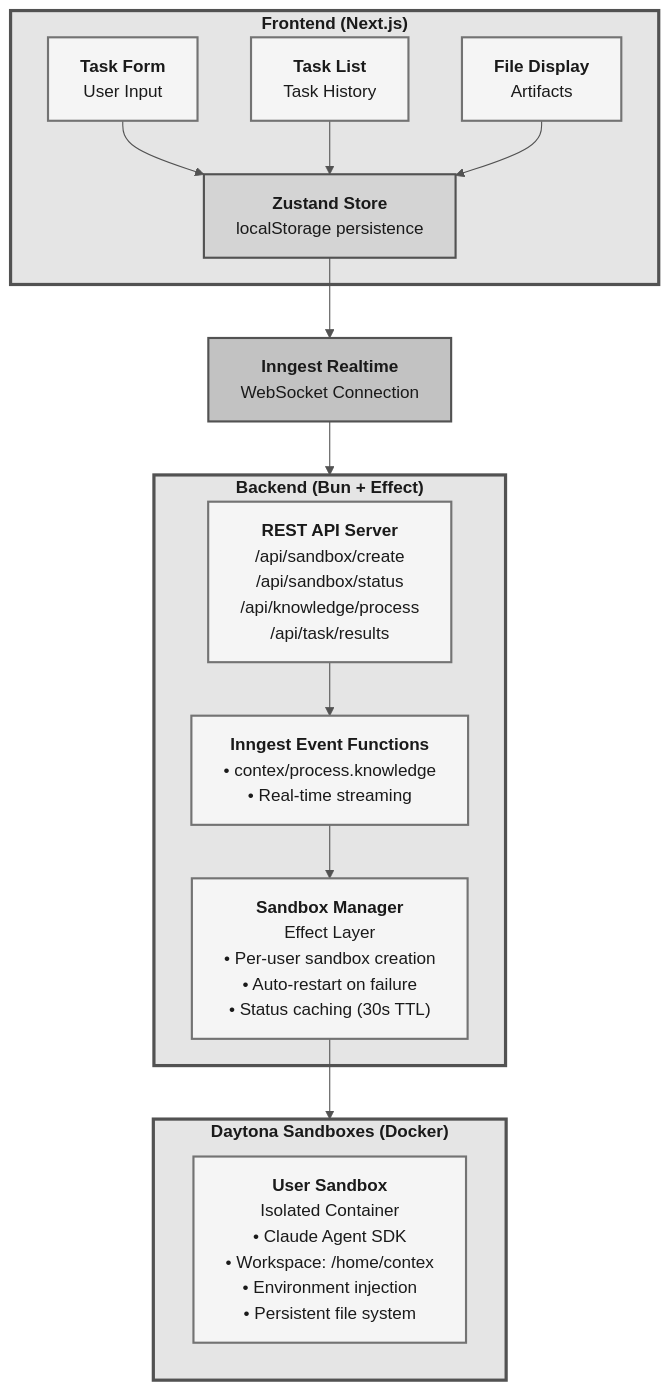
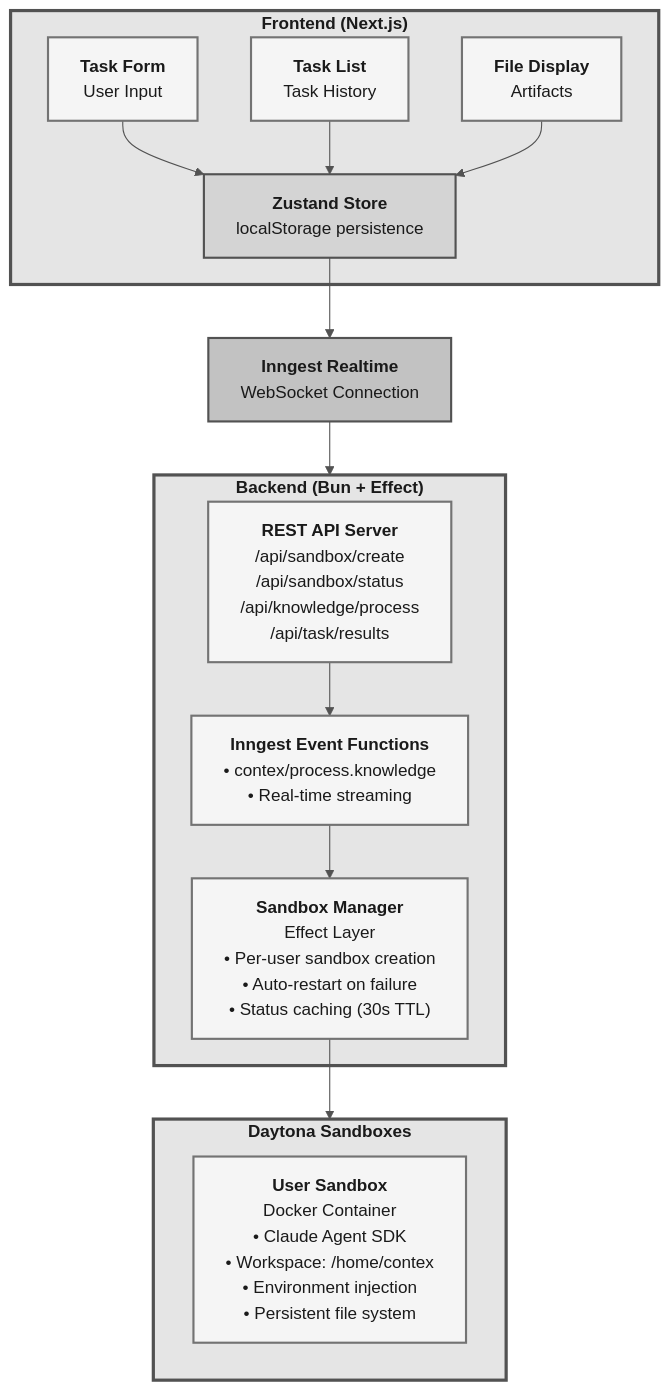
Before and after one commit to j4redux/contex-comms-autopilot: the diagram in README.md, drawn with Mermaid.

````diff
--- a/README.md
+++ b/README.md
@@ -173,55 +173,55 @@
 ```mermaid
 %%{init: {'theme':'base', 'themeVariables': { 'primaryColor':'#e5e5e5','primaryTextColor':'#1a1a1a','primaryBorderColor':'#525252','lineColor':'#525252','secondaryColor':'#d4d4d4','tertiaryColor':'#f5f5f5','background':'#ffffff','mainBkg':'#e5e5e5','secondBkg':'#d4d4d4','tertiaryBkg':'#f5f5f5','textColor':'#1a1a1a','border1':'#525252','border2':'#737373'}}}%%
 
 graph TB
     subgraph Frontend["<b>Frontend (Next.js)</b>"]
         style Frontend fill:#e5e5e5,stroke:#525252,stroke-width:3px,color:#1a1a1a
         
         TaskForm["<b>Task Form</b><br/>User Input"]
         TaskList["<b>Task List</b><br/>Task History"]
         FileDisplay["<b>File Display</b><br/>Artifacts"]
         
         style TaskForm fill:#f5f5f5,stroke:#737373,stroke-width:2px,color:#1a1a1a
         style TaskList fill:#f5f5f5,stroke:#737373,stroke-width:2px,color:#1a1a1a
         style FileDisplay fill:#f5f5f5,stroke:#737373,stroke-width:2px,color:#1a1a1a
         
         TaskForm --> ZustandStore
         TaskList --> ZustandStore
         FileDisplay --> ZustandStore
         
         ZustandStore["<b>Zustand Store</b><br/>localStorage persistence"]
         style ZustandStore fill:#d4d4d4,stroke:#525252,stroke-width:2px,color:#1a1a1a
     end
     
     ZustandStore --> InngestRealtime
     
     InngestRealtime["<b>Inngest Realtime</b><br/>WebSocket Connection"]
     style InngestRealtime fill:#c2c2c2,stroke:#525252,stroke-width:2px,color:#1a1a1a
     
     InngestRealtime --> Backend
     
     subgraph Backend["<b>Backend (Bun + Effect)</b>"]
         style Backend fill:#e5e5e5,stroke:#525252,stroke-width:3px,color:#1a1a1a
         
         RestAPI["<b>REST API Server</b><br/>/api/sandbox/create<br/>/api/sandbox/status<br/>/api/knowledge/process<br/>/api/task/results"]
         style RestAPI fill:#f5f5f5,stroke:#737373,stroke-width:2px,color:#1a1a1a
         
         InngestFunctions["<b>Inngest Event Functions</b><br/>• contex/process.knowledge<br/>• Real-time streaming"]
         style InngestFunctions fill:#f5f5f5,stroke:#737373,stroke-width:2px,color:#1a1a1a
         
         SandboxManager["<b>Sandbox Manager</b><br/>Effect Layer<br/>• Per-user sandbox creation<br/>• Auto-restart on failure<br/>• Status caching (30s TTL)"]
         style SandboxManager fill:#f5f5f5,stroke:#737373,stroke-width:2px,color:#1a1a1a
         
         RestAPI --> InngestFunctions
         InngestFunctions --> SandboxManager
     end
     
     SandboxManager --> Daytona
     
-    subgraph Daytona["<b>Daytona Sandboxes (Docker)</b>"]
+    subgraph Daytona["<b>Daytona Sandboxes</b>"]
         style Daytona fill:#e5e5e5,stroke:#525252,stroke-width:3px,color:#1a1a1a
         
-        UserSandbox["<b>User Sandbox</b><br/>Isolated Container<br/>• Claude Agent SDK<br/>• Workspace: /home/contex<br/>• Environment injection<br/>• Persistent file system"]
+        UserSandbox["<b>User Sandbox</b><br/>Docker Container<br/>• Claude Agent SDK<br/>• Workspace: /home/contex<br/>• Environment injection<br/>• Persistent file system"]
         style UserSandbox fill:#f5f5f5,stroke:#737373,stroke-width:2px,color:#1a1a1a
     end
 ```
````
